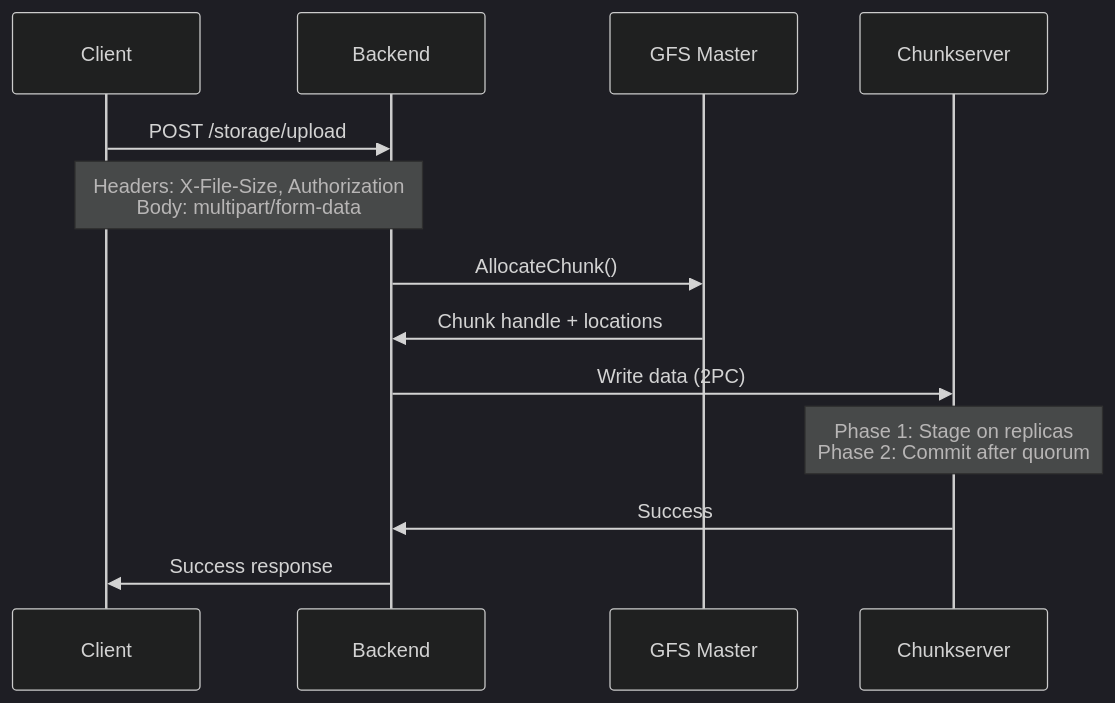
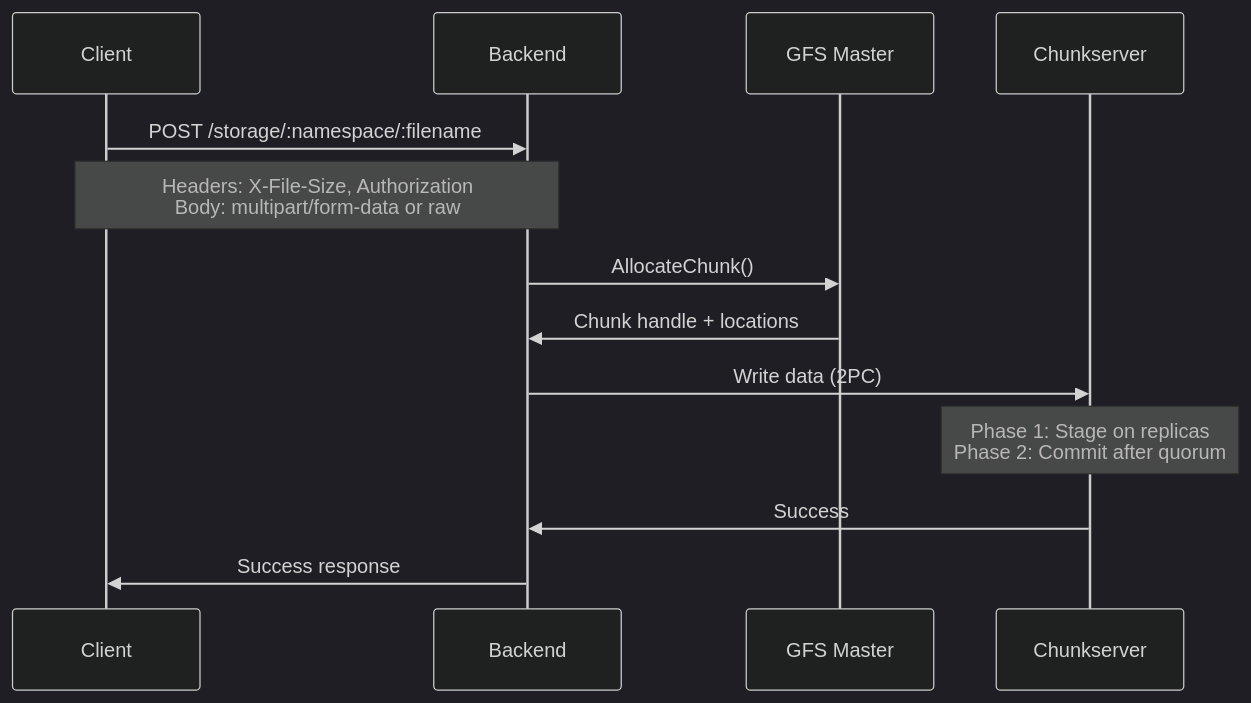
The first of 2 diagrams in edd-cloud-docs/docs/services/storage.md (EddisonSo/cloud), drawn with Mermaid (dark theme) before and after one commit. The commit also changed other lines of this file, not shown here.

First line of the commit message:
docs(storage): update API endpoints to reflect REST-style routes

````diff
--- a/edd-cloud-docs/docs/services/storage.md
+++ b/edd-cloud-docs/docs/services/storage.md
@@ -44,16 +47,16 @@
 ```mermaid
 sequenceDiagram
     participant Client
     participant Backend
     participant Master as GFS Master
     participant CS as Chunkserver
 
-    Client->>Backend: POST /storage/upload
-    Note over Client,Backend: Headers: X-File-Size, Authorization<br/>Body: multipart/form-data
+    Client->>Backend: POST /storage/:namespace/:filename
+    Note over Client,Backend: Headers: X-File-Size, Authorization<br/>Body: multipart/form-data or raw
     Backend->>Master: AllocateChunk()
     Master->>Backend: Chunk handle + locations
     Backend->>CS: Write data (2PC)
     Note over CS: Phase 1: Stage on replicas<br/>Phase 2: Commit after quorum
     CS->>Backend: Success
     Backend->>Client: Success response
 ```
````
